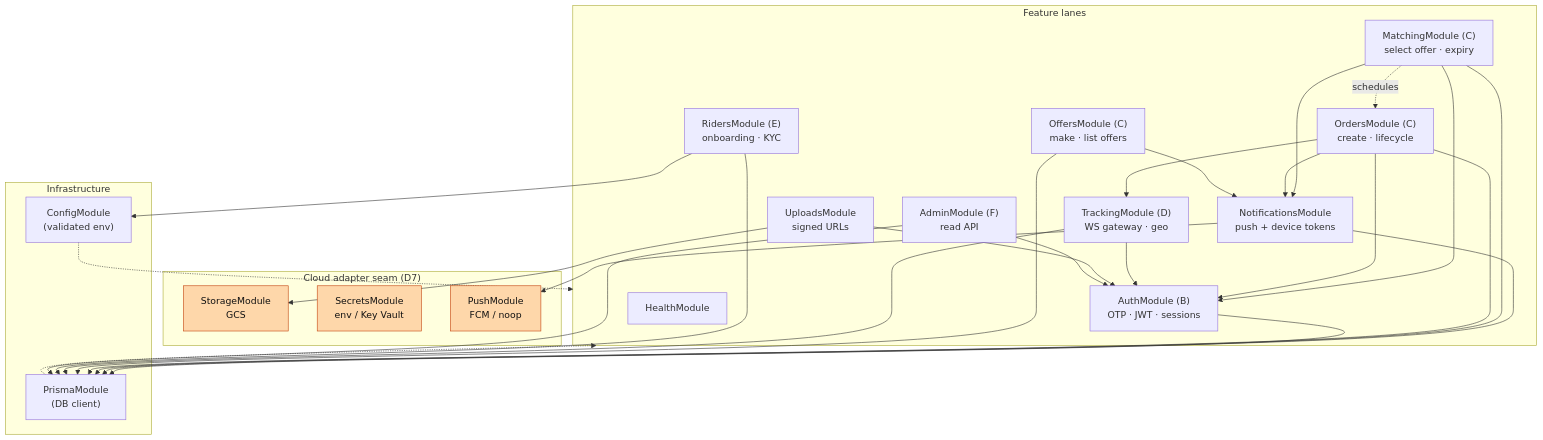
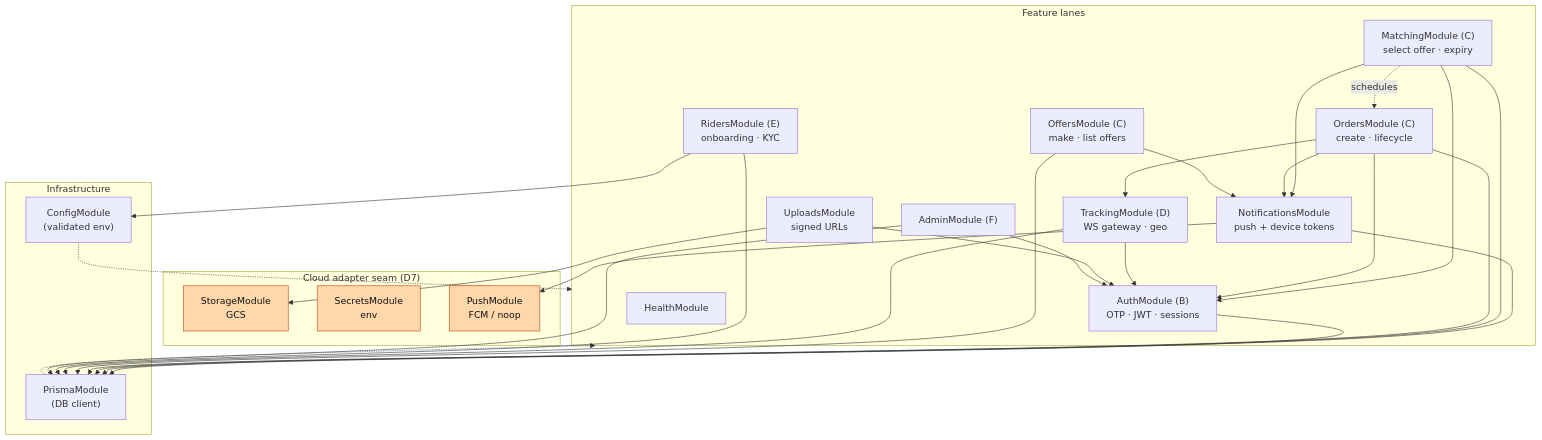
Before and after one commit to unnfazzed/Lynia: the fifth of 16 diagrams in docs/ARCHITECTURE.md, drawn with Mermaid. The commit also changed other lines of this file and 14 other files, not shown here.

````diff
--- a/docs/ARCHITECTURE.md
+++ b/docs/ARCHITECTURE.md
@@ -354,43 +354,43 @@
 ```mermaid
 graph TB
     subgraph infra["Infrastructure"]
         config["ConfigModule<br/>(validated env)"]
         prisma["PrismaModule<br/>(DB client)"]
     end
 
     subgraph seam["Cloud adapter seam (D7)"]
         storage["StorageModule<br/>GCS"]
-        secrets["SecretsModule<br/>env / Key Vault"]
+        secrets["SecretsModule<br/>env"]
         push["PushModule<br/>FCM / noop"]
     end
 
     subgraph features["Feature lanes"]
         auth["AuthModule (B)<br/>OTP · JWT · sessions"]
         matching["MatchingModule (C)<br/>select offer · expiry"]
         orders["OrdersModule (C)<br/>create · lifecycle"]
         offers["OffersModule (C)<br/>make · list offers"]
         tracking["TrackingModule (D)<br/>WS gateway · geo"]
         riders["RidersModule (E)<br/>onboarding · KYC"]
         notif["NotificationsModule<br/>push + device tokens"]
         uploads["UploadsModule<br/>signed URLs"]
-        admin["AdminModule (F)<br/>read API"]
+        admin["AdminModule (F)"]
         health["HealthModule"]
     end
 
     auth --> prisma
     notif --> push & prisma
     matching --> prisma & auth & notif
     orders --> prisma & auth & tracking & notif
     offers --> prisma & notif
     tracking --> prisma & auth
     riders --> prisma & config
     uploads --> storage & auth
     admin --> prisma & auth
     matching -.->|schedules| orders
 
     config -.-> features
     prisma -.-> features
 
     classDef seamc fill:#fed7aa,stroke:#c2410c,color:#111;
     class storage,secrets,push seamc;
 ```
````
